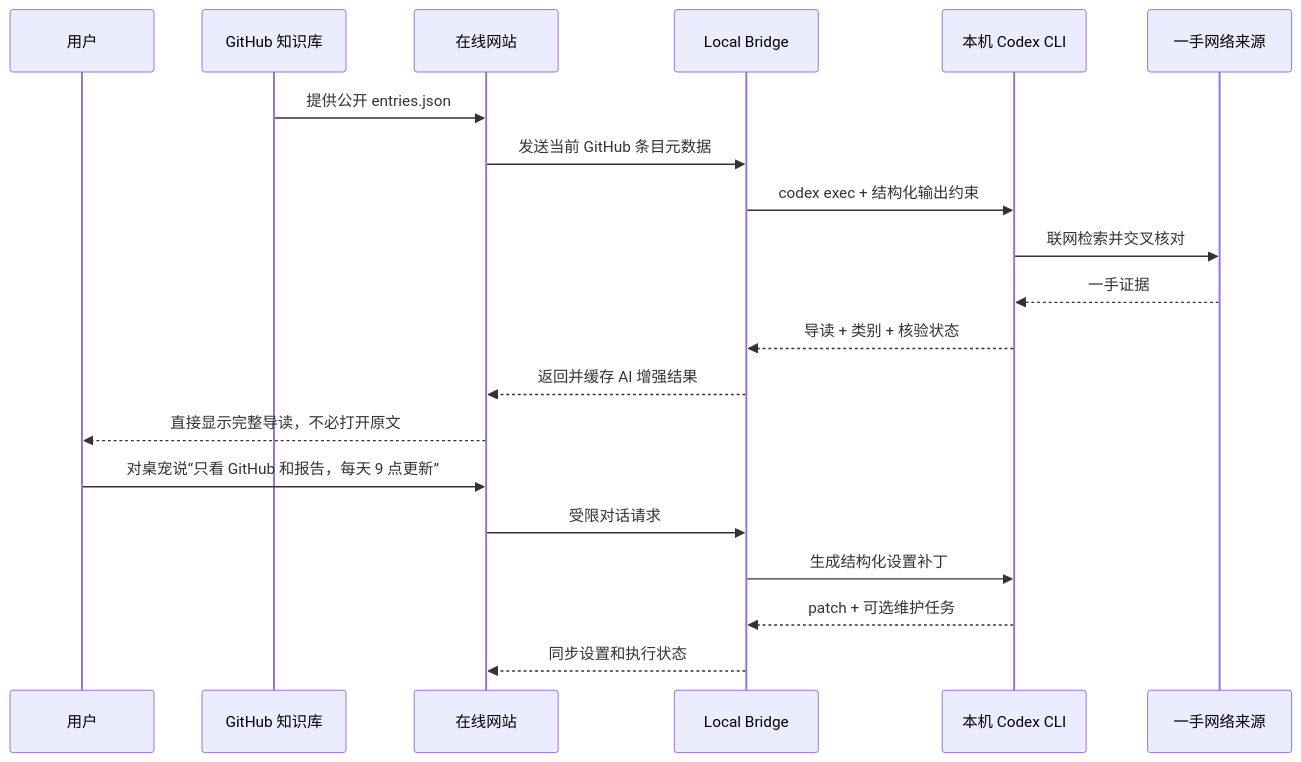
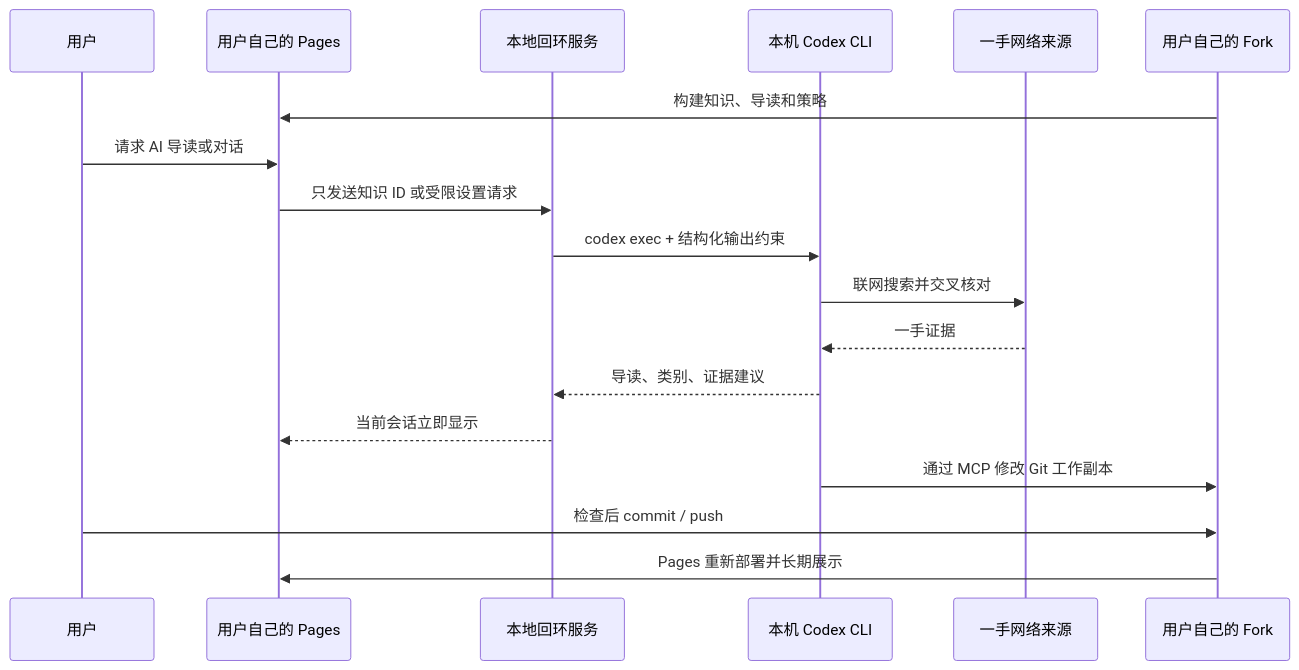
Before and after one commit to Alex-2000-m/agent-engineer-workbench: the second of 2 diagrams in README.md, drawn with Mermaid. The commit also changed other lines of this file and 27 other files, not shown here.

````diff
--- a/README.md
+++ b/README.md
@@ -58,24 +110,21 @@
 ```mermaid
 sequenceDiagram
   participant U as 用户
-  participant G as GitHub 知识库
-  participant W as 在线网站
-  participant B as Local Bridge
+  participant P as 用户自己的 Pages
+  participant B as 本地回环服务
   participant C as 本机 Codex CLI
   participant S as 一手网络来源
+  participant F as 用户自己的 Fork
 
-  G->>W: 提供公开 entries.json
-  W->>B: 发送当前 GitHub 条目元数据
+  F->>P: 构建知识、导读和策略
+  U->>P: 请求 AI 导读或对话
+  P->>B: 只发送知识 ID 或受限设置请求
   B->>C: codex exec + 结构化输出约束
-  C->>S: 联网检索并交叉核对
+  C->>S: 联网搜索并交叉核对
   S-->>C: 一手证据
-  C-->>B: 导读 + 类别 + 核验状态
-  B-->>W: 返回并缓存 AI 增强结果
-  W-->>U: 直接显示完整导读，不必打开原文
-
-  U->>W: 对桌宠说“只看 GitHub 和报告，每天 9 点更新”
-  W->>B: 受限对话请求
-  B->>C: 生成结构化设置补丁
-  C-->>B: patch + 可选维护任务
-  B-->>W: 同步设置和执行状态
+  C-->>B: 导读、类别、证据建议
+  B-->>P: 当前会话立即显示
+  C->>F: 通过 MCP 修改 Git 工作副本
+  U->>F: 检查后 commit / push
+  F->>P: Pages 重新部署并长期展示
 ```
````
